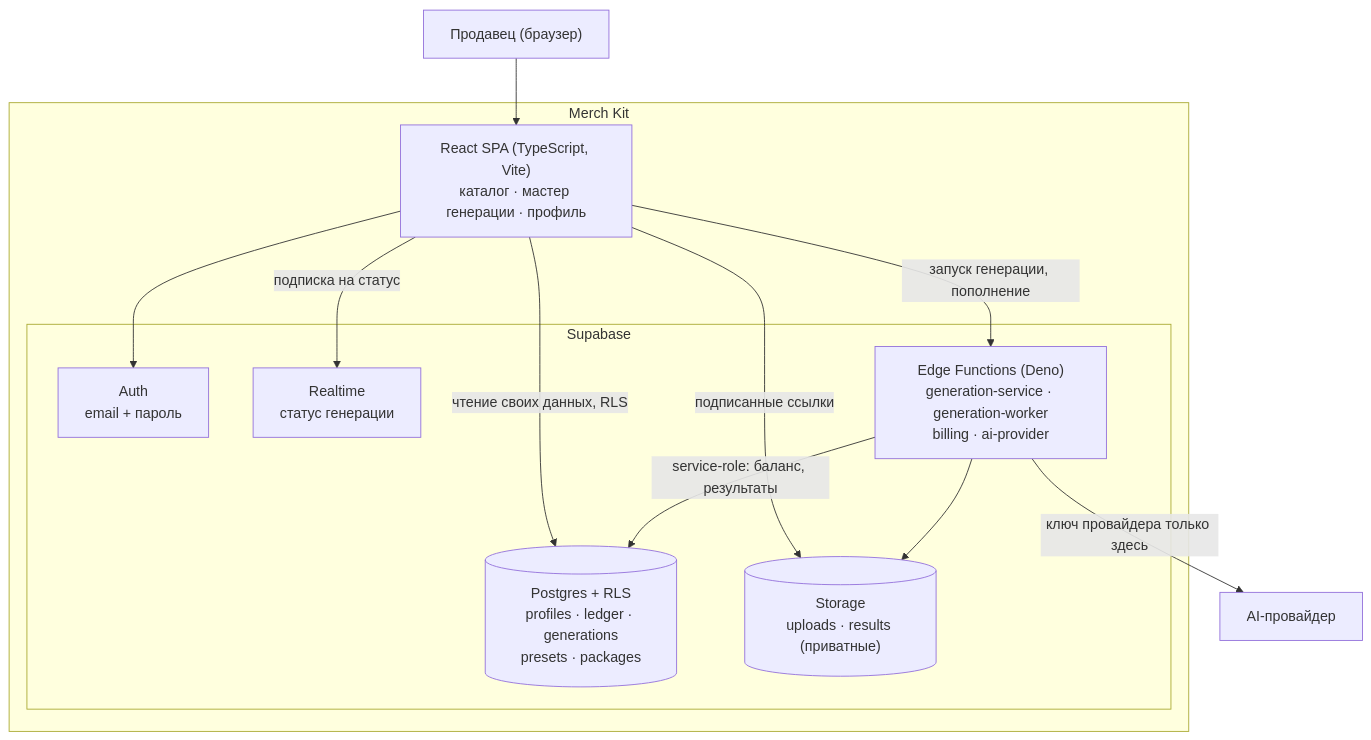
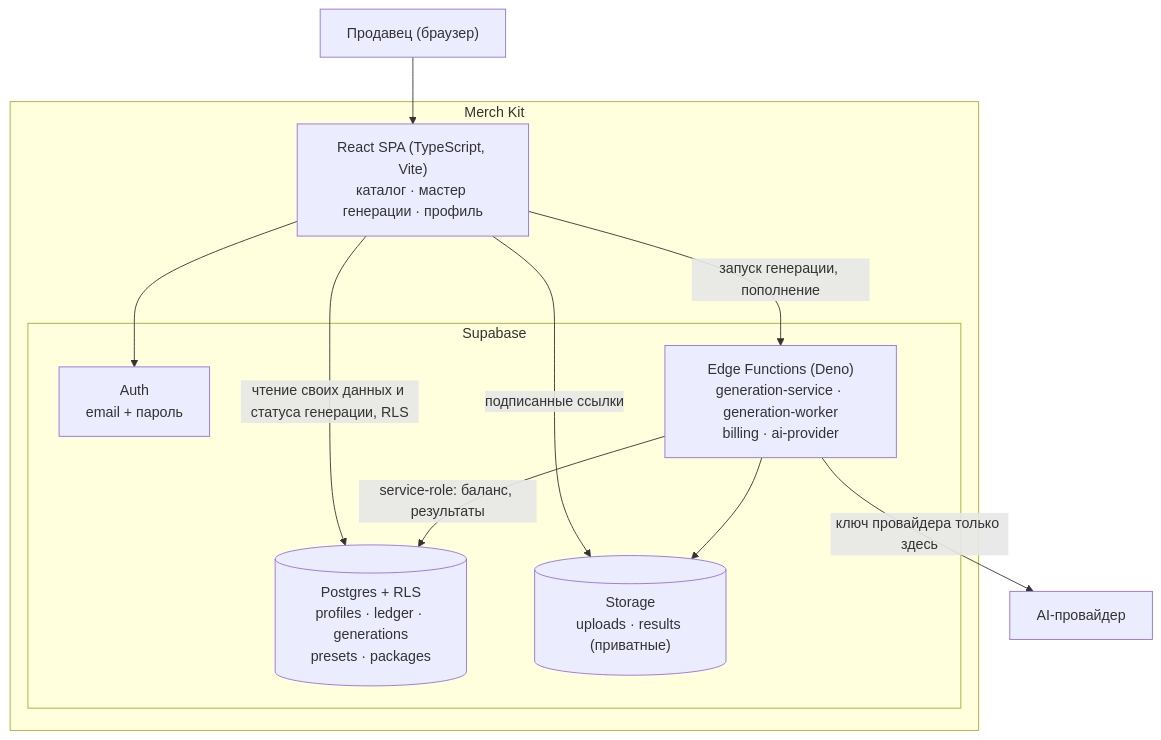
The third of 6 diagrams in docs/VISUALS.md (ovr58/MerchKit), drawn with Mermaid before and after one commit. The commit also changed 7 other files, not shown here.

````diff
--- a/docs/VISUALS.md
+++ b/docs/VISUALS.md
@@ -88,25 +88,23 @@
 ```mermaid
 flowchart TB
     U["Продавец (браузер)"]
     subgraph S["Merch Kit"]
         UI["React SPA (TypeScript, Vite)<br/>каталог · мастер генерации · профиль"]
         subgraph SB["Supabase"]
             AUTH["Auth<br/>email + пароль"]
             DB[("Postgres + RLS<br/>profiles · ledger · generations<br/>presets · packages")]
             ST[("Storage<br/>uploads · results (приватные)")]
-            RT["Realtime<br/>статус генерации"]
             EF["Edge Functions (Deno)<br/>generation-service · generation-worker<br/>billing · ai-provider"]
         end
     end
     AIP["AI-провайдер"]
 
     U --> UI
     UI --> AUTH
-    UI -->|чтение своих данных, RLS| DB
+    UI -->|чтение своих данных и статуса генерации, RLS| DB
     UI -->|подписанные ссылки| ST
-    UI -->|подписка на статус| RT
     UI -->|запуск генерации, пополнение| EF
     EF -->|service-role: баланс, результаты| DB
     EF --> ST
     EF -->|ключ провайдера только здесь| AIP
 ```
````
